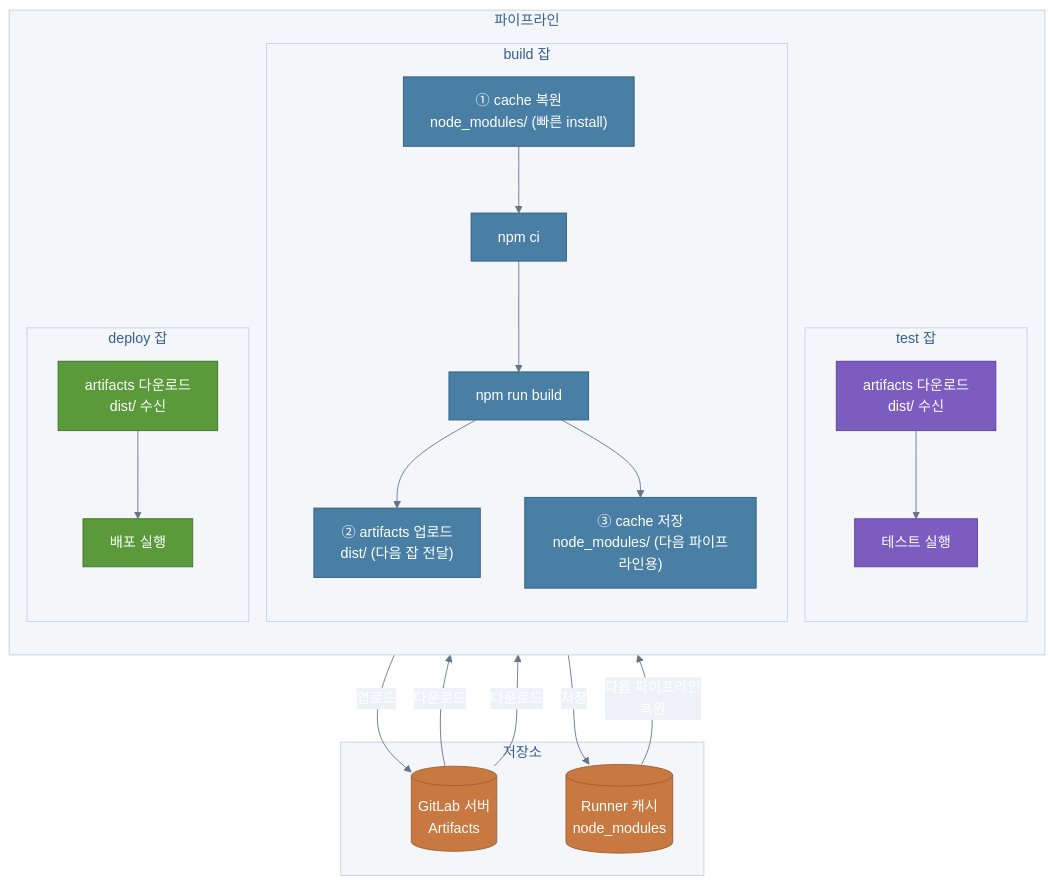
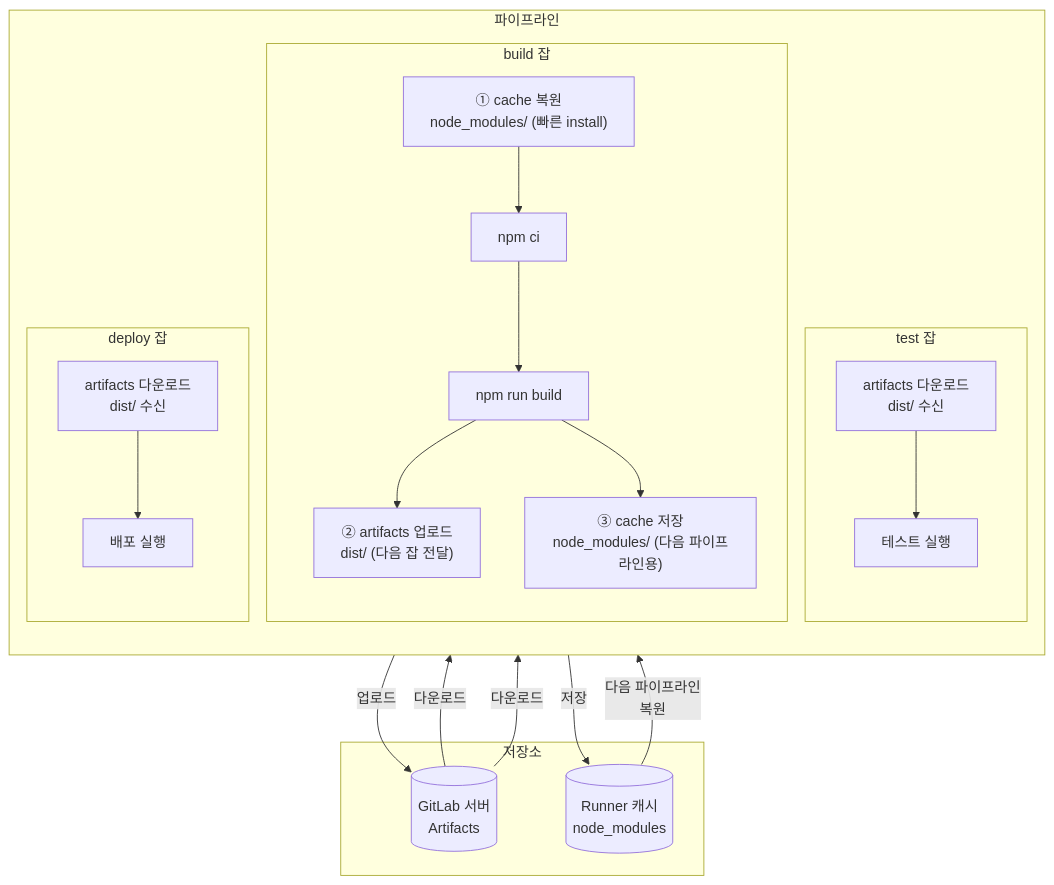
One commit to Seobway23/Seobway23.github.io changed the sixth of 9 diagrams in posts/study/infra/gitlab-artifacts-vs-cache.md. Above: the diagram before and after it, drawn with Mermaid. The commit also changed other lines of this file and 21 other files, not shown here.

Commit message:
:sparkles: mermaid, code,inline edit

````diff
--- a/posts/study/infra/gitlab-artifacts-vs-cache.md
+++ b/posts/study/infra/gitlab-artifacts-vs-cache.md
@@ -287,50 +266,43 @@
 ```mermaid
-%%{init: {'theme': 'base', 'themeVariables': {'primaryColor': '#5b8ec7', 'primaryTextColor': '#fff', 'primaryBorderColor': '#3d6fa5', 'lineColor': '#64748b', 'edgeLabelBackground': '#eef2f7', 'clusterBkg': '#f4f6f9', 'clusterBorder': '#c5d0dc'}}}%%
+%% desc: artifacts + cache 병용 패턴 — build 잡에서 캐시 복원 후 빌드, artifacts 업로드, 캐시 저장
 flowchart TB
     subgraph PIPE["파이프라인"]
         direction TB
 
         subgraph BUILD["build 잡"]
             B_CACHE["① cache 복원\nnode_modules/ (빠른 install)"]
             B_INSTALL["npm ci"]
             B_BUILD["npm run build"]
             B_ART["② artifacts 업로드\ndist/ (다음 잡 전달)"]
             B_CSAVE["③ cache 저장\nnode_modules/ (다음 파이프라인용)"]
             B_CACHE --> B_INSTALL --> B_BUILD --> B_ART
             B_BUILD --> B_CSAVE
         end
 
         subgraph TEST["test 잡"]
             T_ART["artifacts 다운로드\ndist/ 수신"]
             T_RUN["테스트 실행"]
             T_ART --> T_RUN
         end
 
         subgraph DEPLOY["deploy 잡"]
             D_ART["artifacts 다운로드\ndist/ 수신"]
             D_RUN["배포 실행"]
             D_ART --> D_RUN
         end
     end
 
     subgraph STORES["저장소"]
         GL[("GitLab 서버\nArtifacts")]
         RS[("Runner 캐시\nnode_modules")]
     end
 
     B_ART -->|"업로드"| GL
     GL -->|"다운로드"| T_ART
     GL -->|"다운로드"| D_ART
     B_CSAVE -->|"저장"| RS
     RS -->|"다음 파이프라인\n복원"| B_CACHE
 
-    classDef build fill:#4a7fa5,stroke:#2d5e82,color:#fff
-    classDef test fill:#7c5cbf,stroke:#5d449a,color:#fff
-    classDef deploy fill:#5a9a3a,stroke:#3d7228,color:#fff
-    classDef store fill:#c87941,stroke:#9e5e2e,color:#fff
 
-    class B_CACHE,B_INSTALL,B_BUILD,B_ART,B_CSAVE build
-    class T_ART,T_RUN test
-    class D_ART,D_RUN deploy
-    class GL,RS store
+
 ```
````
